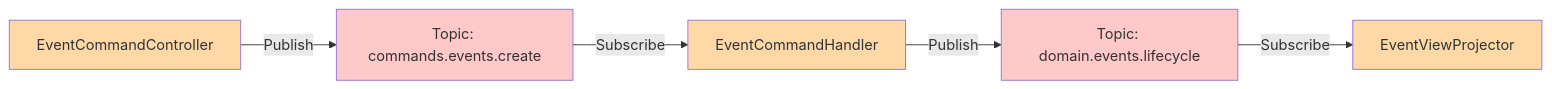
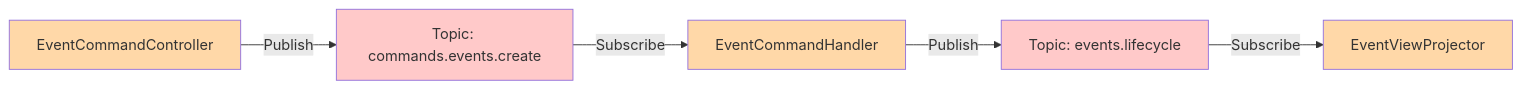
The fifth of 15 diagrams in ARCHITEKTURA_SZCZEGOLOWA.md (luksus-pfsw/nuxt-learn), drawn with Mermaid before and after one commit. The commit also changed other lines of this file and 10 other files, not shown here.

````diff
--- a/ARCHITEKTURA_SZCZEGOLOWA.md
+++ b/ARCHITEKTURA_SZCZEGOLOWA.md
@@ -373,13 +390,13 @@
 ```mermaid
 graph LR
     A[EventCommandController] -->|Publish| B[Topic: commands.events.create]
     B -->|Subscribe| C[EventCommandHandler]
-    C -->|Publish| D[Topic: domain.events.lifecycle]
+    C -->|Publish| D[Topic: events.lifecycle]
     D -->|Subscribe| E[EventViewProjector]
     
     style A fill:#ffd8a8
     style C fill:#ffd8a8
     style E fill:#ffd8a8
     style B fill:#ffc9c9
     style D fill:#ffc9c9
 ```
````
